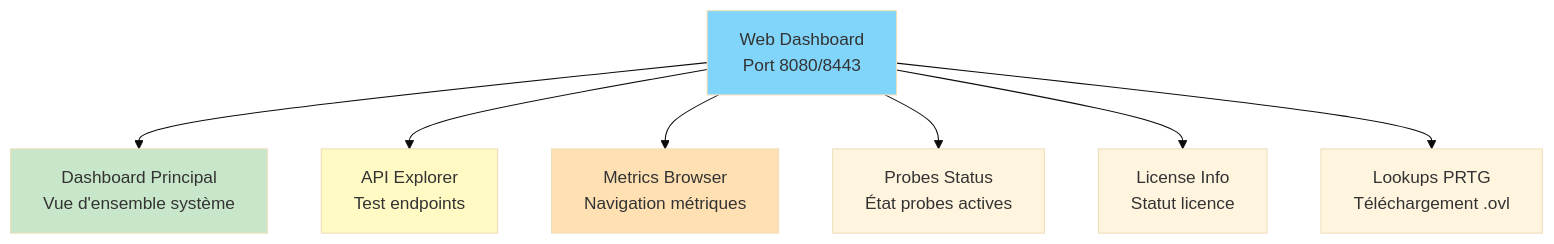
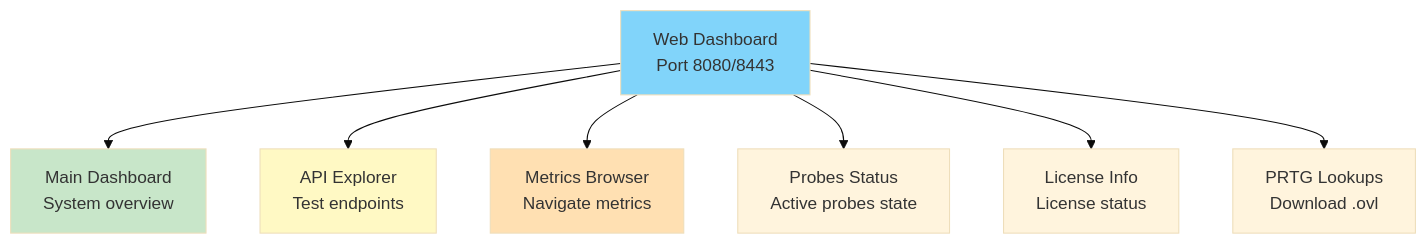
One commit to senhub-io/senhub-agent changed the first of 6 diagrams in docs/user-guide/WEB-INTERFACE.md. Above: the diagram before and after it, drawn with Mermaid (base theme). The commit also changed other lines of this file and 2 other files, not shown here.

````diff
--- a/docs/user-guide/WEB-INTERFACE.md
+++ b/docs/user-guide/WEB-INTERFACE.md
@@ -21,14 +21,14 @@
 ```mermaid
 graph TD
-    WEB[Web Dashboard<br/>Port 8080/8443] --> DASH[Dashboard Principal<br/>Vue d'ensemble système]
+    WEB[Web Dashboard<br/>Port 8080/8443] --> DASH[Main Dashboard<br/>System overview]
     WEB --> API[API Explorer<br/>Test endpoints]
-    WEB --> METRICS[Metrics Browser<br/>Navigation métriques]
-    WEB --> PROBES[Probes Status<br/>État probes actives]
-    WEB --> LICENSE[License Info<br/>Statut licence]
-    WEB --> LOOKUPS[Lookups PRTG<br/>Téléchargement .ovl]
+    WEB --> METRICS[Metrics Browser<br/>Navigate metrics]
+    WEB --> PROBES[Probes Status<br/>Active probes state]
+    WEB --> LICENSE[License Info<br/>License status]
+    WEB --> LOOKUPS[PRTG Lookups<br/>Download .ovl]
 
     style WEB fill:#81d4fa
     style DASH fill:#c8e6c9
     style API fill:#fff9c4
     style METRICS fill:#ffe0b2
 ```
````
